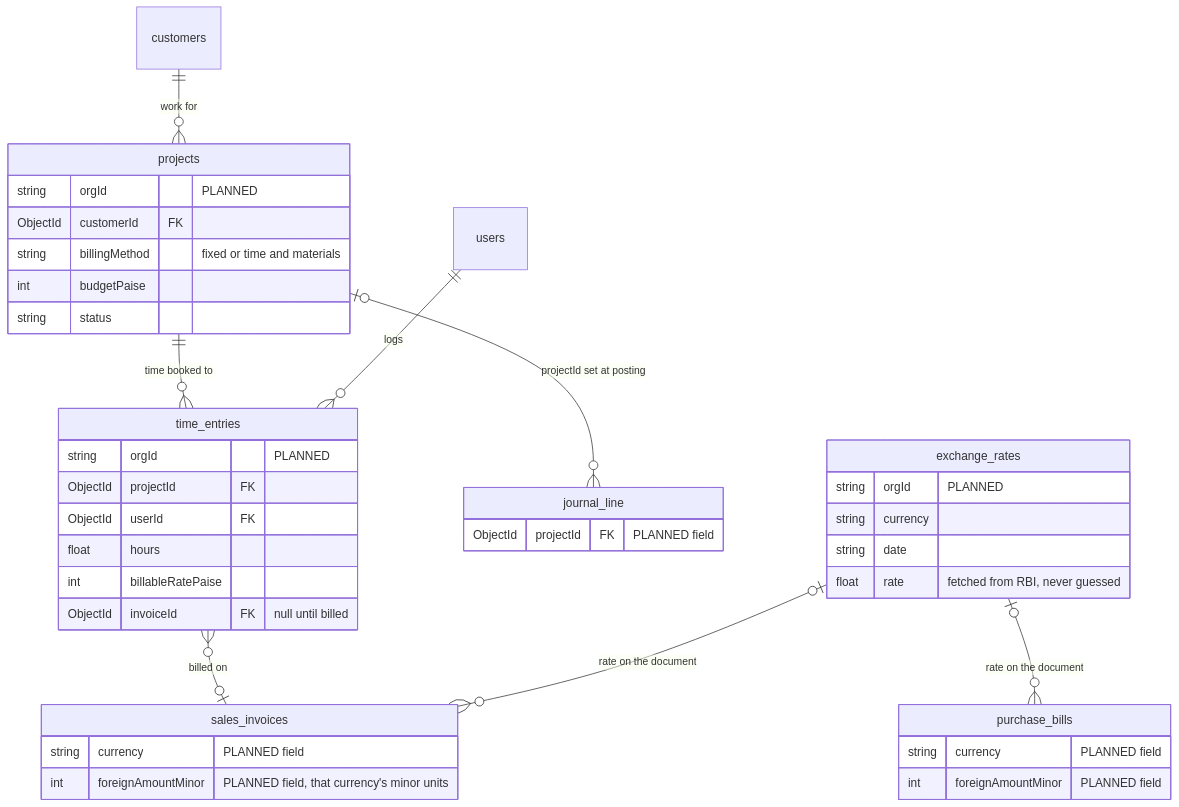
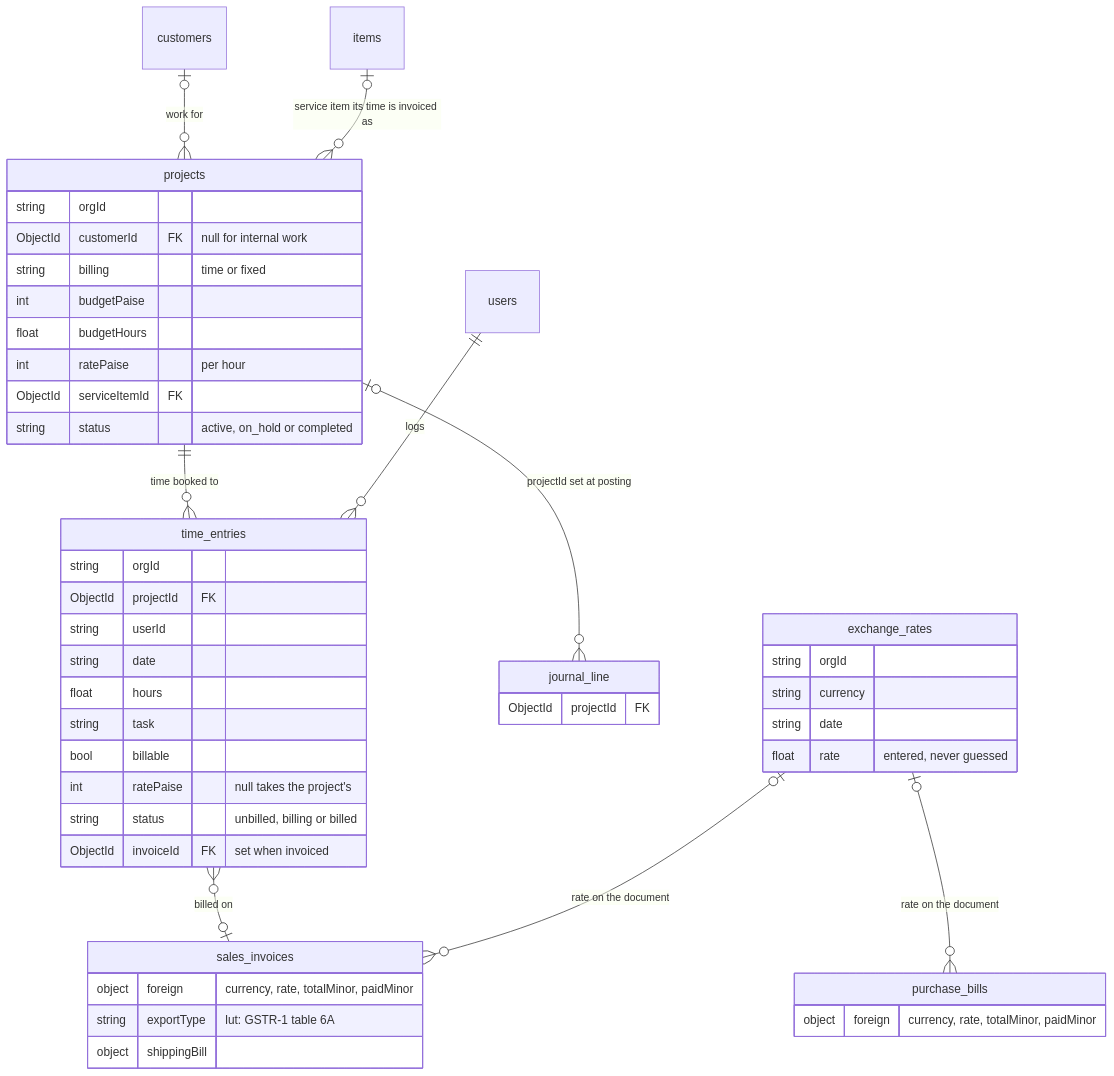
Diagram 12 of 13 in docs/diagrams/ARCHITECTURE_DIAGRAMS.md (onewebmart/AccountingAI), drawn with Mermaid before and after one commit. The commit also changed other lines of this file and 1 other file, not shown here.

Commit message:
docs: diagrams and README show Phase 9 built — projects and currencies

````diff
--- a/docs/diagrams/ARCHITECTURE_DIAGRAMS.md
+++ b/docs/diagrams/ARCHITECTURE_DIAGRAMS.md
@@ -908,45 +908,52 @@
 ```mermaid
 erDiagram
-  %% PLANNED (Phase 9): projects and timesheets.
-  customers ||--o{ projects : "work for"
+  %% Phase 9.
+  customers |o--o{ projects : "work for"
+  items |o--o{ projects : "service item its time is invoiced as"
   projects ||--o{ time_entries : "time booked to"
   users ||--o{ time_entries : "logs"
   time_entries }o--o| sales_invoices : "billed on"
   projects |o--o{ journal_line : "projectId set at posting"
-  %% PLANNED (Phase 9): multi-currency. Journals stay in INR paise.
   exchange_rates |o--o{ sales_invoices : "rate on the document"
   exchange_rates |o--o{ purchase_bills : "rate on the document"
 
   projects {
-    string orgId "PLANNED"
-    ObjectId customerId FK
-    string billingMethod "fixed or time and materials"
+    string orgId
+    ObjectId customerId FK "null for internal work"
+    string billing "time or fixed"
     int budgetPaise
-    string status
+    float budgetHours
+    int ratePaise "per hour"
+    ObjectId serviceItemId FK
+    string status "active, on_hold or completed"
   }
   time_entries {
-    string orgId "PLANNED"
+    string orgId
     ObjectId projectId FK
-    ObjectId userId FK
+    string userId
+    string date
     float hours
-    int billableRatePaise
-    ObjectId invoiceId FK "null until billed"
+    string task
+    bool billable
+    int ratePaise "null takes the project's"
+    string status "unbilled, billing or billed"
+    ObjectId invoiceId FK "set when invoiced"
   }
   exchange_rates {
-    string orgId "PLANNED"
+    string orgId
     string currency
     string date
-    float rate "fetched from RBI, never guessed"
+    float rate "entered, never guessed"
   }
   journal_line {
-    ObjectId projectId FK "PLANNED field"
+    ObjectId projectId FK
   }
   sales_invoices {
-    string currency "PLANNED field"
-    int foreignAmountMinor "PLANNED field, that currency's minor units"
+    object foreign "currency, rate, totalMinor, paidMinor"
+    string exportType "lut: GSTR-1 table 6A"
+    object shippingBill
   }
   purchase_bills {
-    string currency "PLANNED field"
-    int foreignAmountMinor "PLANNED field"
+    object foreign "currency, rate, totalMinor, paidMinor"
   }
 ```
````
